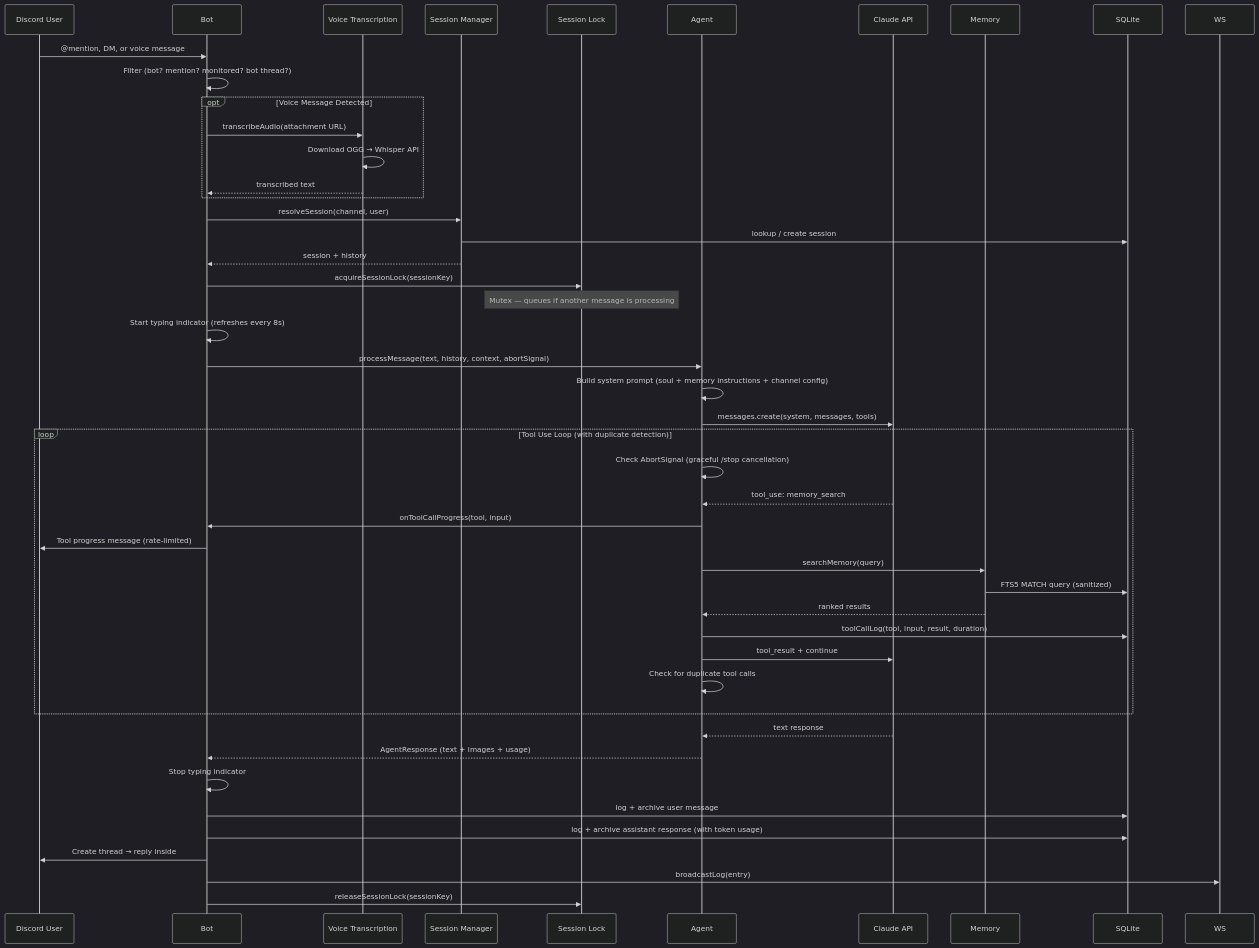
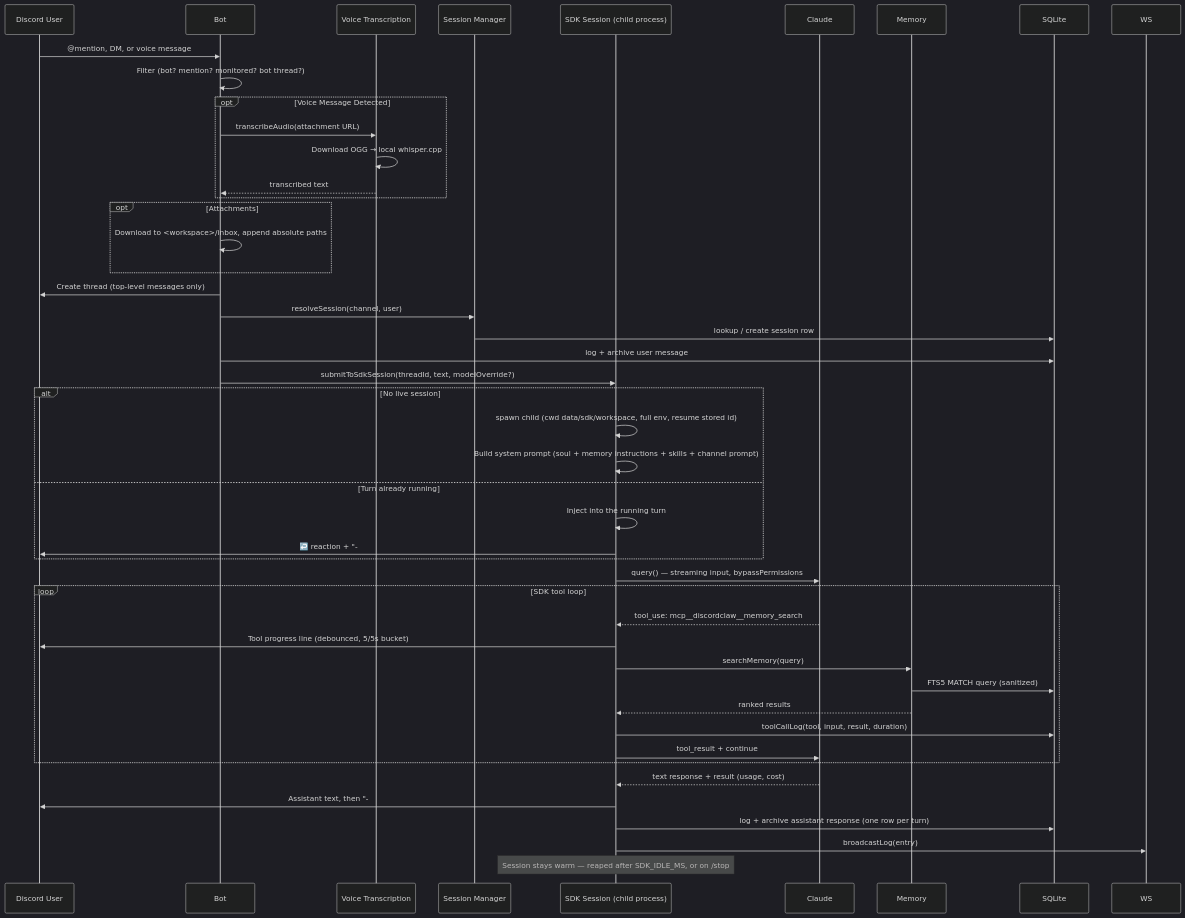
Before and after one commit to NaichuanZhang/disclaw: the second of 10 diagrams in README.md, drawn with Mermaid (dark theme). The commit also changed other lines of this file and 35 other files, not shown here.

Commit message:
feat(evolution): Make the Claude Agent SDK the only agent runtime; remove all pilot references (#151)

````diff
--- a/README.md
+++ b/README.md
@@ -402,56 +414,58 @@
 ```mermaid
 sequenceDiagram
     participant U as Discord User
     participant B as Bot
     participant V as Voice Transcription
     participant S as Session Manager
-    participant L as Session Lock
-    participant A as Agent
-    participant C as Claude API
+    participant K as SDK Session (child process)
+    participant C as Claude
     participant M as Memory
     participant DB as SQLite
 
     U->>B: @mention, DM, or voice message
     B->>B: Filter (bot? mention? monitored? bot thread?)
 
     opt Voice Message Detected
         B->>V: transcribeAudio(attachment URL)
-        V->>V: Download OGG → Whisper API
+        V->>V: Download OGG → local whisper.cpp
         V-->>B: transcribed text
     end
 
-    B->>S: resolveSession(channel, user)
-    S->>DB: lookup / create session
-    S-->>B: session + history
-
-    B->>L: acquireSessionLock(sessionKey)
-    Note over L: Mutex — queues if another message is processing
-
-    B->>B: Start typing indicator (refreshes every 8s)
-    B->>A: processMessage(text, history, context, abortSignal)
-    A->>A: Build system prompt (soul + memory instructions + channel config)
-    A->>C: messages.create(system, messages, tools)
-
-    loop Tool Use Loop (with duplicate detection)
-        A->>A: Check AbortSignal (graceful /stop cancellation)
-        C-->>A: tool_use: memory_search
-        A->>B: onToolCallProgress(tool, input)
-        B->>U: Tool progress message (rate-limited)
-        A->>M: searchMemory(query)
-        M->>DB: FTS5 MATCH query (sanitized)
-        M-->>A: ranked results
-        A->>DB: toolCallLog(tool, input, result, duration)
-        A->>C: tool_result + continue
-        A->>A: Check for duplicate tool calls
+    opt Attachments
+        B->>B: Download to <workspace>/inbox, append absolute paths
     end
 
-    C-->>A: text response
-    A-->>B: AgentResponse (text + images + usage)
+    B->>U: Create thread (top-level messages only)
+    B->>S: resolveSession(channel, user)
+    S->>DB: lookup / create session row
+    B->>DB: log + archive user message
 
-    B->>B: Stop typing indicator
-    B->>DB: log + archive user message
-    B->>DB: log + archive assistant response (with token usage)
-    B->>U: Create thread → reply inside
-    B->>WS: broadcastLog(entry)
-    B->>L: releaseSessionLock(sessionKey)
+    B->>K: submitToSdkSession(threadId, text, modelOverride?)
+
+    alt No live session
+        K->>K: spawn child (cwd data/sdk/workspace, full env, resume stored id)
+        K->>K: Build system prompt (soul + memory instructions + skills + channel prompt)
+    else Turn already running
+        K->>K: Inject into the running turn
+        K->>U: ↩️ reaction + "-# steered <tool>" marker
+    end
+
+    K->>C: query() — streaming input, bypassPermissions
+
+    loop SDK tool loop
+        C-->>K: tool_use: mcp__discordclaw__memory_search
+        K->>U: Tool progress line (debounced, 5/5s bucket)
+        K->>M: searchMemory(query)
+        M->>DB: FTS5 MATCH query (sanitized)
+        M-->>K: ranked results
+        K->>DB: toolCallLog(tool, input, result, duration)
+        K->>C: tool_result + continue
+    end
+
+    C-->>K: text response + result (usage, cost)
+    K->>U: Assistant text, then "-# 📊" usage footer
+    K->>DB: log + archive assistant response (one row per turn)
+    K->>WS: broadcastLog(entry)
+
+    Note over K: Session stays warm — reaped after SDK_IDLE_MS, or on /stop
 ```
````
